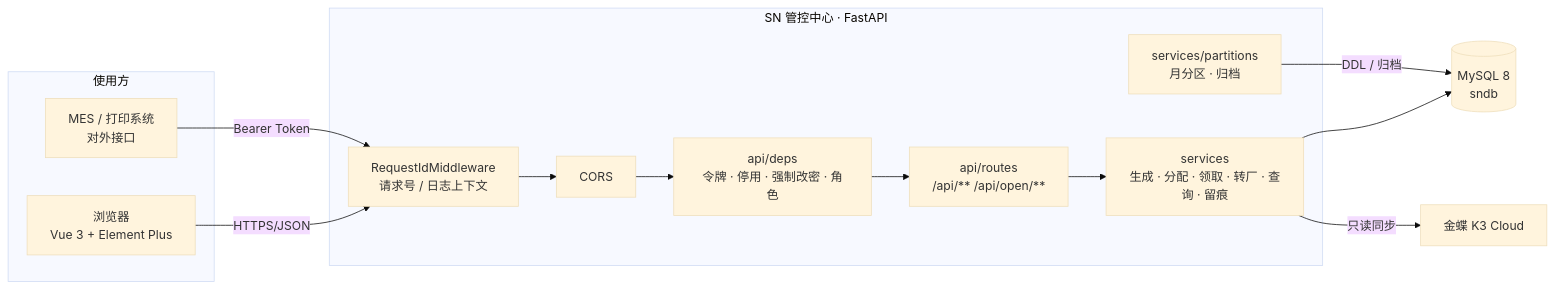
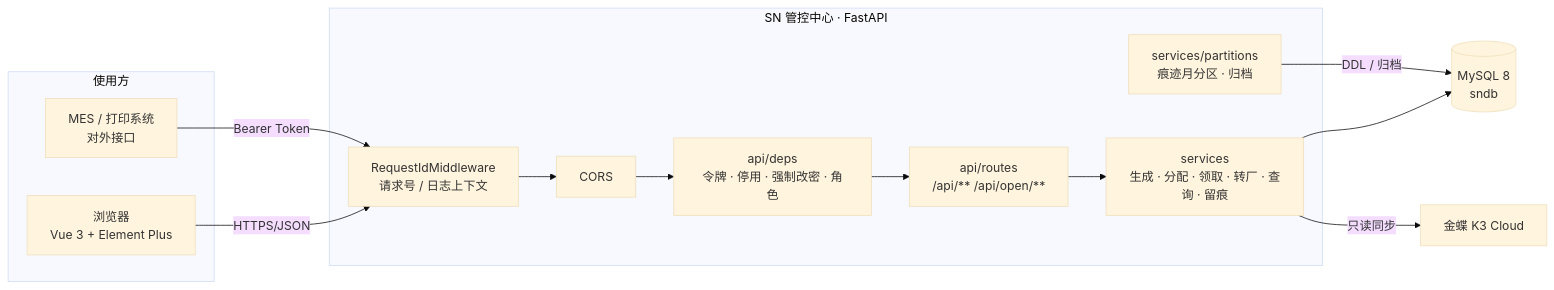
One commit to Createsnow/sn-center changed the first of 13 diagrams in docs/技术文档.md. Above: the diagram before and after it, drawn with Mermaid (base theme). The commit also changed other lines of this file and 15 other files, not shown here.

````diff
--- a/docs/技术文档.md
+++ b/docs/技术文档.md
@@ -23,22 +23,22 @@
 ```mermaid
 flowchart LR
     subgraph Client[使用方]
         B[浏览器<br/>Vue 3 + Element Plus]
         M[MES / 打印系统<br/>对外接口]
     end
     subgraph App[SN 管控中心 · FastAPI]
         F1[RequestIdMiddleware<br/>请求号 / 日志上下文]
         F2[CORS]
         I[api/deps<br/>令牌 · 停用 · 强制改密 · 角色]
         C[api/routes<br/>/api/**  /api/open/**]
         S[services<br/>生成 · 分配 · 领取 · 转厂 · 查询 · 留痕]
-        P[services/partitions<br/>月分区 · 归档]
+        P[services/partitions<br/>痕迹月分区 · 归档]
     end
     DB[(MySQL 8<br/>sndb)]
     K3[金蝶 K3 Cloud]
     B -- HTTPS/JSON --> F1
     M -- Bearer Token --> F1
     F1 --> F2 --> I --> C --> S --> DB
     S -- 只读同步 --> K3
     P -- DDL / 归档 --> DB
 ```
````
